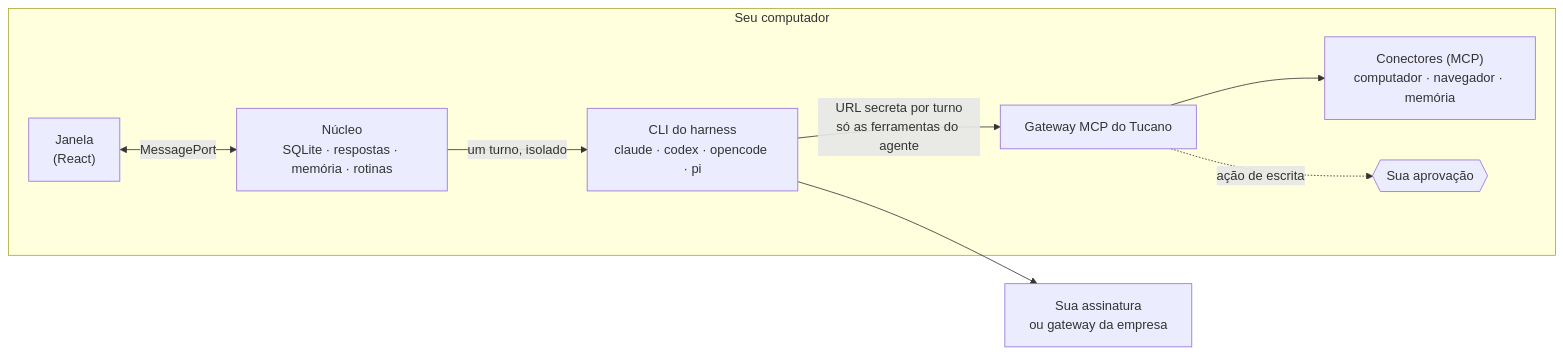
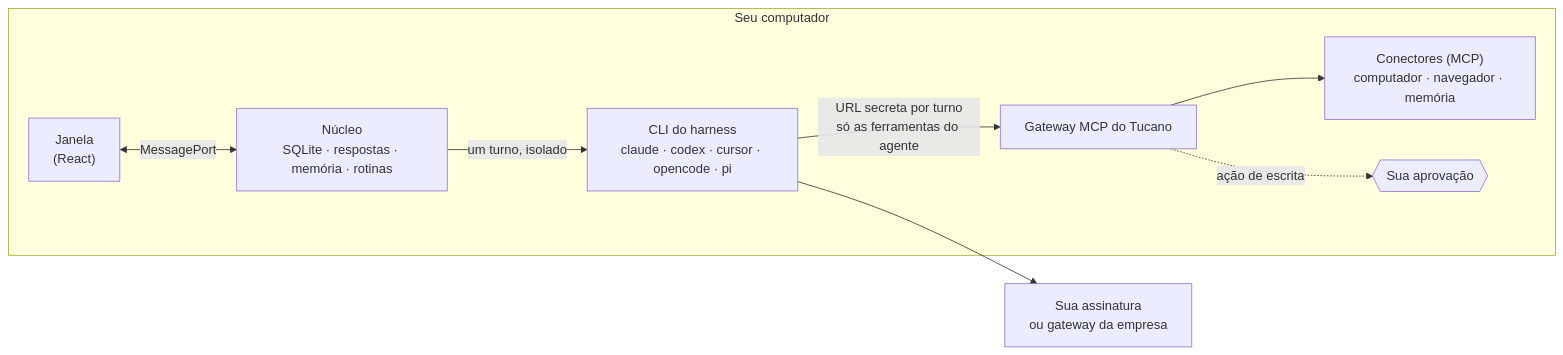
The diagram in README.pt-BR.md (eduwxyz/tucano), drawn with Mermaid before and after one commit. The commit also changed other lines of this file and 6 other files, not shown here.

````diff
--- a/README.pt-BR.md
+++ b/README.pt-BR.md
@@ -159,11 +160,11 @@
 ```mermaid
 flowchart LR
   subgraph Mac["Seu computador"]
     UI["Janela<br/>(React)"] <-->|MessagePort| Core["Núcleo<br/>SQLite · respostas · memória · rotinas"]
-    Core -->|"um turno, isolado"| CLI["CLI do harness<br/>claude · codex · opencode · pi"]
+    Core -->|"um turno, isolado"| CLI["CLI do harness<br/>claude · codex · cursor · opencode · pi"]
     CLI -->|"URL secreta por turno<br/>só as ferramentas do agente"| GW["Gateway MCP do Tucano"]
     GW --> Tools["Conectores (MCP)<br/>computador · navegador · memória"]
     GW -.->|"ação de escrita"| OK{{"Sua aprovação"}}
   end
   CLI --> Model["Sua assinatura<br/>ou gateway da empresa"]
 ```
````
